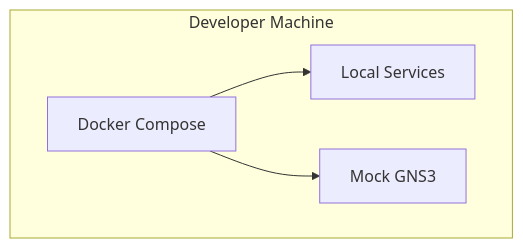
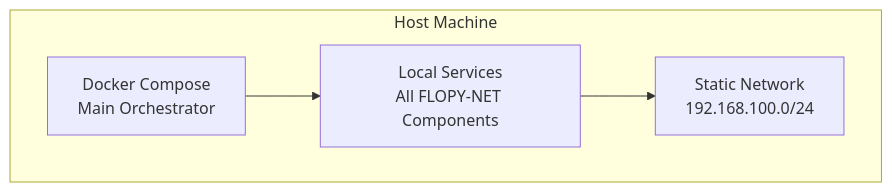
Before and after one commit to abdulmeLINK/flopy-net: the tenth of 14 diagrams in docs/docs/architecture/overview.md, drawn with Mermaid. The commit also changed other lines of this file and 42 other files, not shown here.

````diff
--- a/docs/docs/architecture/overview.md
+++ b/docs/docs/architecture/overview.md
@@ -436,11 +554,11 @@
 ```mermaid
 graph TB
-    subgraph "Developer Machine"
-        A[Docker Compose]
-        B[Local Services]
-        C[Mock GNS3]
+    subgraph "Host Machine"
+        A[Docker Compose<br/>Main Orchestrator]
+        B[Local Services<br/>All FLOPY-NET Components]
+        C[Static Network<br/>192.168.100.0/24]
     end
     
     A --> B
-    A --> C
+    B --> C
 ```
````
